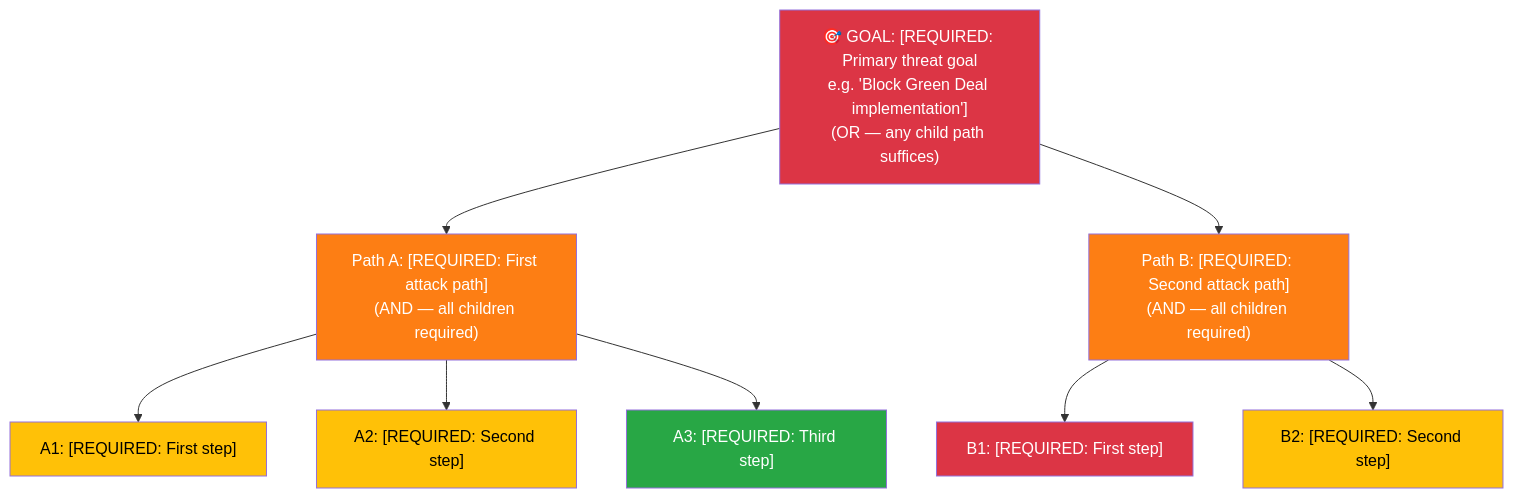
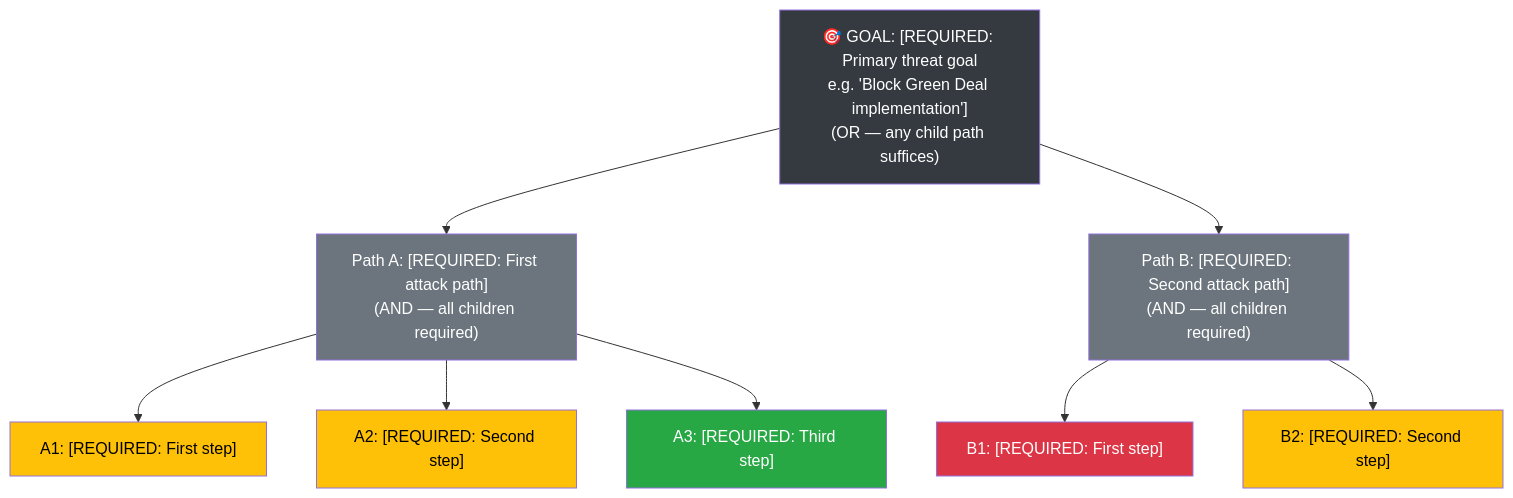
Before and after one commit to Hack23/euparliamentmonitor: the diagram in analysis/templates/threat-analysis.md, drawn with Mermaid. The commit also changed other lines of this file and 1 other file, not shown here.

Commit message:
Fix attack tree colors (ROOT/path neutral, leaves by feasibility) and remove STRIDE refs from style guide emoji legend
Agent-Logs-Url: https://github.com/Hack23/euparliamentmonitor/sessions/eff40a4c-e3df-43b1-8c2e-3fcc1383d18a

````diff
--- a/analysis/templates/threat-analysis.md
+++ b/analysis/templates/threat-analysis.md
@@ -160,22 +160,22 @@
 ```mermaid
 graph TD
     ROOT["🎯 GOAL: [REQUIRED: Primary threat goal<br/>e.g. 'Block Green Deal implementation']<br/>(OR — any child path suffices)"]
     ROOT --> PA["Path A: [REQUIRED: First attack path]<br/>(AND — all children required)"]
     ROOT --> PB["Path B: [REQUIRED: Second attack path]<br/>(AND — all children required)"]
 
     PA --> PA1["A1: [REQUIRED: First step]"]
     PA --> PA2["A2: [REQUIRED: Second step]"]
     PA --> PA3["A3: [REQUIRED: Third step]"]
 
     PB --> PB1["B1: [REQUIRED: First step]"]
     PB --> PB2["B2: [REQUIRED: Second step]"]
 
-    style ROOT fill:#dc3545,color:#fff
-    style PA fill:#fd7e14,color:#fff
-    style PB fill:#fd7e14,color:#fff
+    style ROOT fill:#343a40,color:#fff
+    style PA fill:#6c757d,color:#fff
+    style PB fill:#6c757d,color:#fff
     style PA1 fill:#ffc107,color:#000
     style PA2 fill:#ffc107,color:#000
     style PA3 fill:#28a745,color:#fff
     style PB1 fill:#dc3545,color:#fff
     style PB2 fill:#ffc107,color:#000
 ```
````
